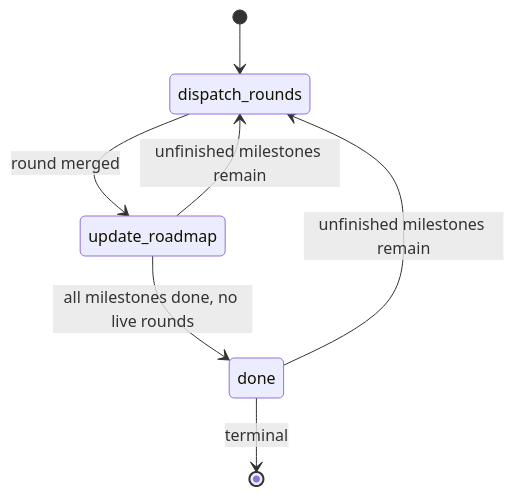
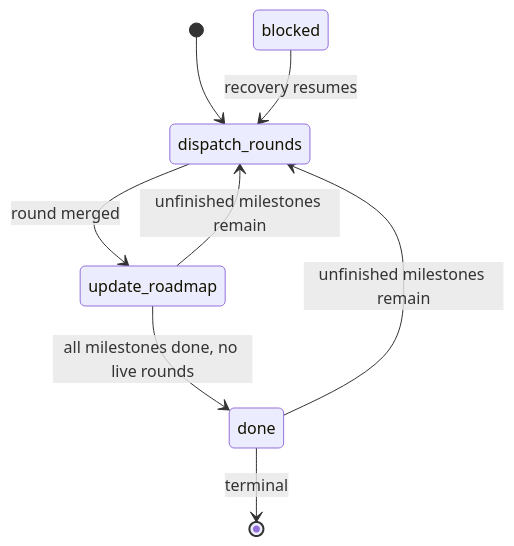
The first of 2 diagrams in skills/run-orchestrator-loop/references/state-machine.md (swaitw/orchestrator-skill), drawn with Mermaid before and after one commit. The commit also changed other lines of this file and 26 other files, not shown here.

````diff
--- a/skills/run-orchestrator-loop/references/state-machine.md
+++ b/skills/run-orchestrator-loop/references/state-machine.md
@@ -72,9 +82,10 @@
 ```mermaid
 stateDiagram-v2
     [*] --> dispatch_rounds
     dispatch_rounds --> update_roadmap: round merged
+    blocked --> dispatch_rounds: recovery resumes
     update_roadmap --> dispatch_rounds: unfinished milestones remain
     update_roadmap --> done: all milestones done, no live rounds
     done --> dispatch_rounds: unfinished milestones remain
     done --> [*]: terminal
 ```
````
